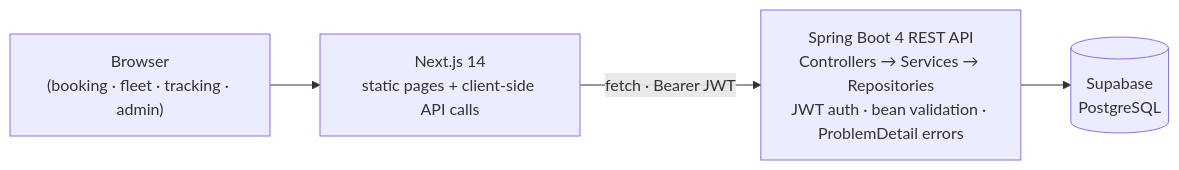
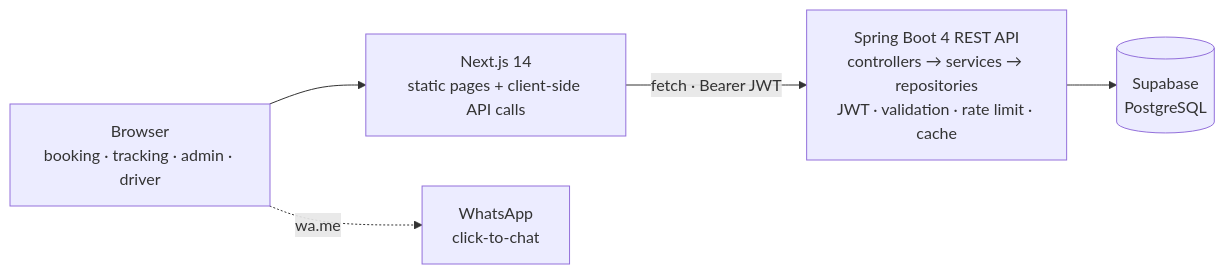
The diagram in README.md (SaGaru007/royal-travels), drawn with Mermaid before and after one commit. The commit also changed other lines of this file and 35 other files, not shown here.

````diff
--- a/README.md
+++ b/README.md
@@ -29,11 +65,13 @@
 ```mermaid
 flowchart LR
-    B["Browser<br/>(booking · fleet · tracking · admin)"]
+    B["Browser<br/>booking · tracking · admin · driver"]
     F["Next.js 14<br/>static pages + client-side API calls"]
-    A["Spring Boot 4 REST API<br/>Controllers → Services → Repositories<br/>JWT auth · bean validation · ProblemDetail errors"]
+    A["Spring Boot 4 REST API<br/>controllers → services → repositories<br/>JWT · validation · rate limit · cache"]
     D[("Supabase<br/>PostgreSQL")]
+    W["WhatsApp<br/>click-to-chat"]
 
     B --> F
     F -- "fetch · Bearer JWT" --> A
     A --> D
+    B -. "wa.me" .-> W
 ```
````
